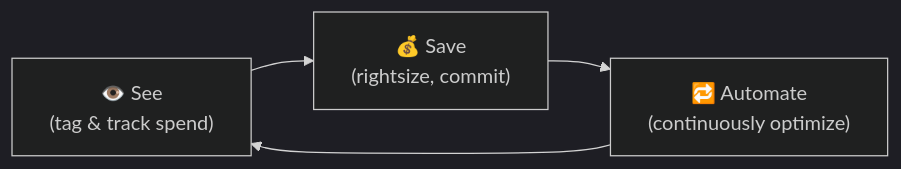
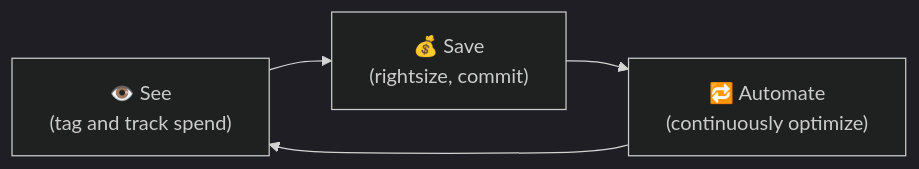
Before and after one commit to Prabakaran-MS/crashCourse: the diagram in Learning/Cloud-Computing/10-Advanced-Concepts/cost-optimization-finops.md, drawn with Mermaid (dark theme). The commit also changed other lines of this file and 84 other files, not shown here.

````diff
--- a/Learning/Cloud-Computing/10-Advanced-Concepts/cost-optimization-finops.md
+++ b/Learning/Cloud-Computing/10-Advanced-Concepts/cost-optimization-finops.md
@@ -20,6 +20,6 @@
 ```mermaid
 flowchart LR
-    See["👁️ See\n(tag & track spend)"] --> Save["💰 Save\n(rightsize, commit)"]
-    Save --> Auto["🔁 Automate\n(continuously optimize)"]
+    See["👁️ See<br/>(tag and track spend)"] --> Save["💰 Save<br/>(rightsize, commit)"]
+    Save --> Auto["🔁 Automate<br/>(continuously optimize)"]
     Auto --> See
 ```
````
